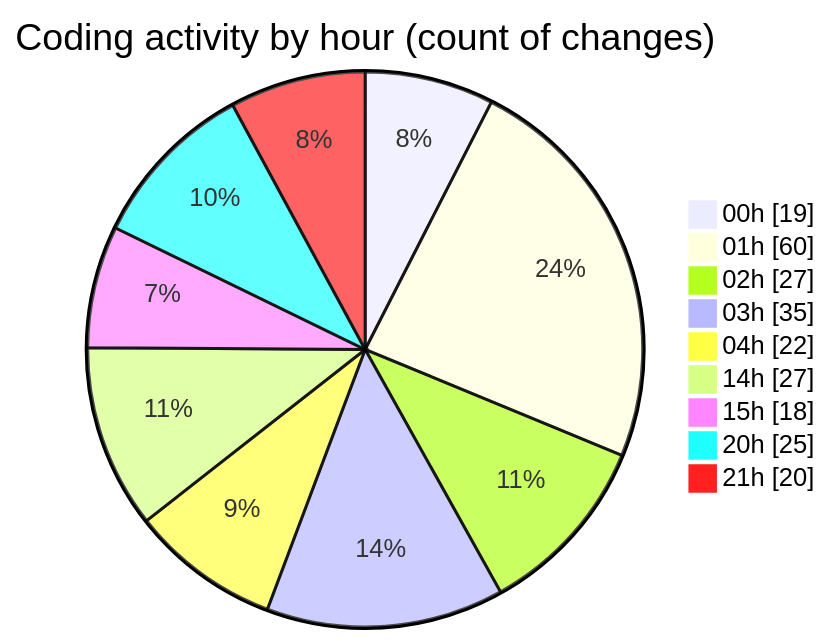
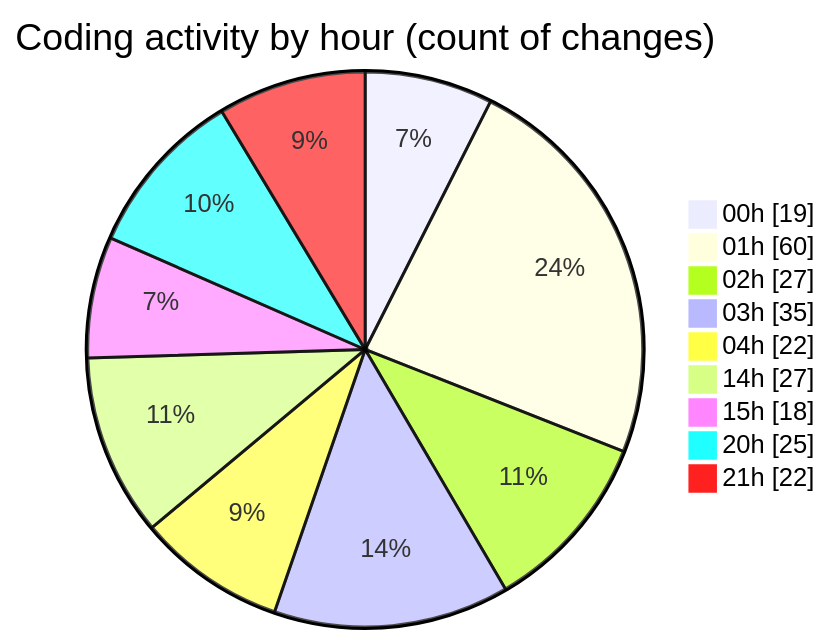
Before and after one commit to lephambinh05/code-tracking: the second of 2 diagrams in 2025-07-25/quanlyrapchieuphim-1/README.md, drawn with Mermaid. The commit also changed other lines of this file and 1 other file, not shown here.

````diff
--- a/2025-07-25/quanlyrapchieuphim-1/README.md
+++ b/2025-07-25/quanlyrapchieuphim-1/README.md
@@ -50,13 +50,13 @@
 ```mermaid
 pie showData
 title Coding activity by hour (count of changes)
 "00h" : 19
 "01h" : 60
 "02h" : 27
 "03h" : 35
 "04h" : 22
 "14h" : 27
 "15h" : 18
 "20h" : 25
-"21h" : 20
+"21h" : 22
 ```
````
